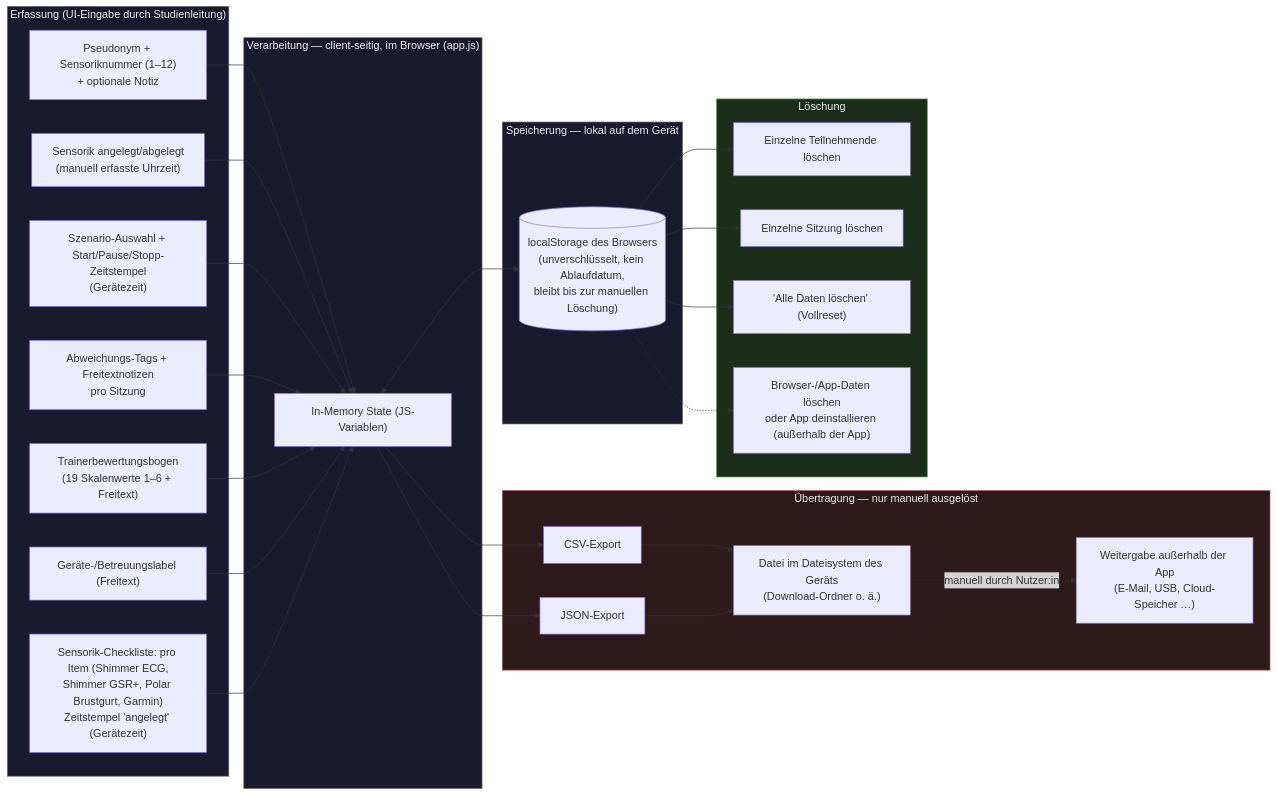
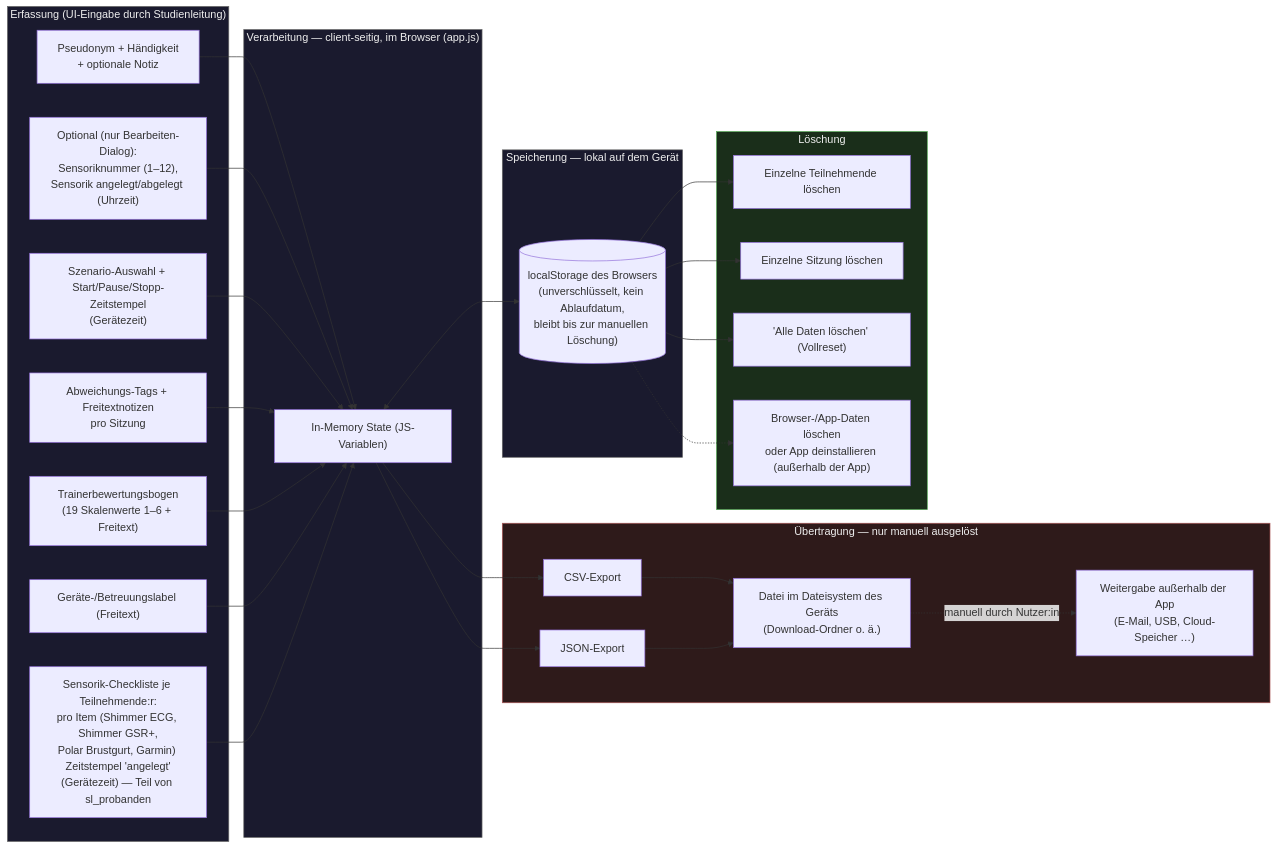
The diagram in docs/DATENFLUSS.md (MStem911/studylog-mext), drawn with Mermaid before and after one commit. The commit also changed other lines of this file and 6 other files, not shown here.

First line of the commit message:
feat: Sensorik pro Teilnehmende:r; Sensoriknummer aus Anlege-Formular entfernt (v2.10.1)

````diff
--- a/docs/DATENFLUSS.md
+++ b/docs/DATENFLUSS.md
@@ -26,51 +27,51 @@
 ```mermaid
 flowchart LR
     subgraph Input["Erfassung (UI-Eingabe durch Studienleitung)"]
-        I1["Pseudonym + Sensoriknummer (1–12)<br/>+ optionale Notiz"]
-        I2["Sensorik angelegt/abgelegt<br/>(manuell erfasste Uhrzeit)"]
+        I1["Pseudonym + Händigkeit<br/>+ optionale Notiz"]
+        I2["Optional (nur Bearbeiten-Dialog):<br/>Sensoriknummer (1–12),<br/>Sensorik angelegt/abgelegt (Uhrzeit)"]
         I3["Szenario-Auswahl + Start/Pause/Stopp-Zeitstempel<br/>(Gerätezeit)"]
         I4["Abweichungs-Tags + Freitextnotizen<br/>pro Sitzung"]
         I5["Trainerbewertungsbogen<br/>(19 Skalenwerte 1–6 + Freitext)"]
         I6["Geräte-/Betreuungslabel (Freitext)"]
-        I7["Sensorik-Checkliste: pro Item (Shimmer ECG,<br/>Shimmer GSR+, Polar Brustgurt, Garmin)<br/>Zeitstempel 'angelegt' (Gerätezeit)"]
+        I7["Sensorik-Checkliste je Teilnehmende:r:<br/>pro Item (Shimmer ECG, Shimmer GSR+,<br/>Polar Brustgurt, Garmin) Zeitstempel 'angelegt'<br/>(Gerätezeit) — Teil von sl_probanden"]
     end
 
     subgraph Process["Verarbeitung — client-seitig, im Browser (app.js)"]
         P1["In-Memory State (JS-Variablen)"]
     end
 
     subgraph Storage["Speicherung — lokal auf dem Gerät"]
         S1[("localStorage des Browsers<br/>(unverschlüsselt, kein Ablaufdatum,<br/>bleibt bis zur manuellen Löschung)")]
     end
 
     subgraph Transfer["Übertragung — nur manuell ausgelöst"]
         T1["CSV-Export"]
         T2["JSON-Export"]
         T3["Datei im Dateisystem des Geräts<br/>(Download-Ordner o. ä.)"]
         T4["Weitergabe außerhalb der App<br/>(E-Mail, USB, Cloud-Speicher …)"]
     end
 
     subgraph Delete["Löschung"]
         D1["Einzelne Teilnehmende löschen"]
         D2["Einzelne Sitzung löschen"]
         D3["'Alle Daten löschen' (Vollreset)"]
         D4["Browser-/App-Daten löschen<br/>oder App deinstallieren (außerhalb der App)"]
     end
 
     I1 & I2 & I3 & I4 & I5 & I6 & I7 --> P1
     P1 <--> S1
     P1 --> T1 --> T3
     P1 --> T2 --> T3
     T3 -.manuell durch Nutzer:in.-> T4
 
     S1 --> D1
     S1 --> D2
     S1 --> D3
     S1 -.-> D4
 
     style Input fill:#1a1a2e,stroke:#666,color:#eee
     style Process fill:#1a1a2e,stroke:#666,color:#eee
     style Storage fill:#1a1a2e,stroke:#666,color:#eee
     style Transfer fill:#2e1a1a,stroke:#a55,color:#eee
     style Delete fill:#1a2e1a,stroke:#5a5,color:#eee
 ```
````
